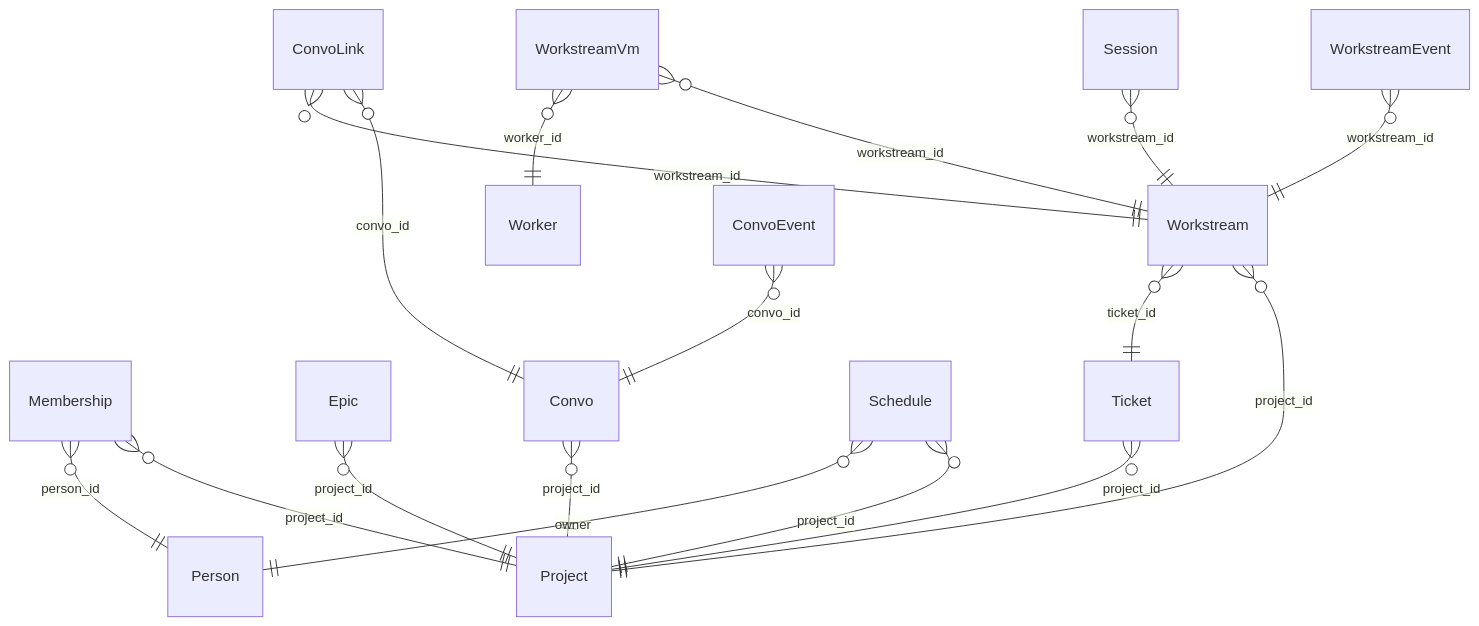
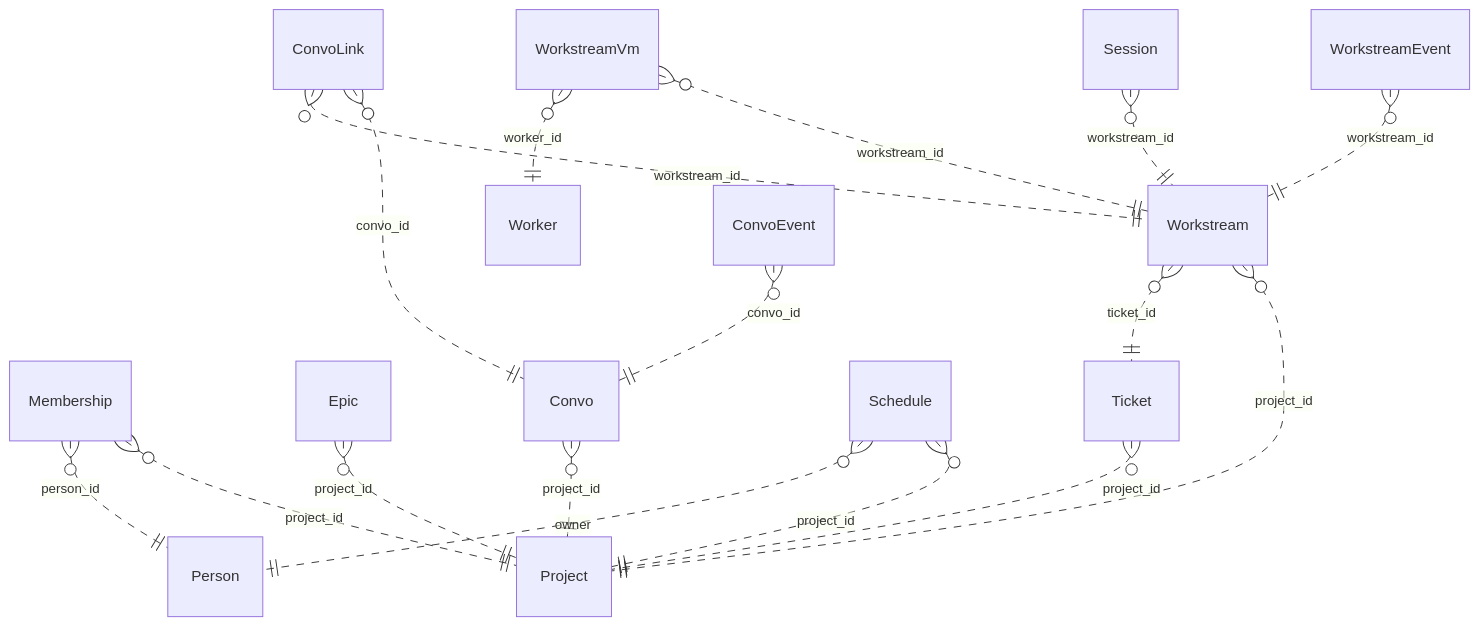
The second of 16 diagrams in domain_models/schemas/domain.erd.md (ortusnova/agentic-orchestration), drawn with Mermaid before and after one commit. The commit also changed other lines of this file and 2 other files, not shown here.

Commit message:
feat(domain-models): a legend at the top of the diagrams, and the overview's references drawn dashed

````diff
--- a/domain_models/schemas/domain.erd.md
+++ b/domain_models/schemas/domain.erd.md
@@ -33,33 +115,33 @@
 ```mermaid
 erDiagram
     Person
     Project
     Membership
     Epic
     Workstream
     WorkstreamEvent
     Ticket
     Schedule
     Session
     WorkstreamVm
     Worker
     Convo
     ConvoLink
     ConvoEvent
-    Membership }o--|| Project : "project_id"
-    Membership }o--|| Person : "person_id"
-    Epic }o--|| Project : "project_id"
-    Workstream }o--|| Project : "project_id"
-    Workstream }o--|| Ticket : "ticket_id"
-    WorkstreamEvent }o--|| Workstream : "workstream_id"
-    Ticket }o--|| Project : "project_id"
-    Schedule }o--|| Project : "project_id"
-    Schedule }o--|| Person : "owner"
-    Session }o--|| Workstream : "workstream_id"
-    WorkstreamVm }o--|| Workstream : "workstream_id"
-    WorkstreamVm }o--|| Worker : "worker_id"
-    Convo }o--|| Project : "project_id"
-    ConvoLink }o--|| Convo : "convo_id"
-    ConvoLink }o--|| Workstream : "workstream_id"
-    ConvoEvent }o--|| Convo : "convo_id"
+    Membership }o..|| Project : "project_id"
+    Membership }o..|| Person : "person_id"
+    Epic }o..|| Project : "project_id"
+    Workstream }o..|| Project : "project_id"
+    Workstream }o..|| Ticket : "ticket_id"
+    WorkstreamEvent }o..|| Workstream : "workstream_id"
+    Ticket }o..|| Project : "project_id"
+    Schedule }o..|| Project : "project_id"
+    Schedule }o..|| Person : "owner"
+    Session }o..|| Workstream : "workstream_id"
+    WorkstreamVm }o..|| Workstream : "workstream_id"
+    WorkstreamVm }o..|| Worker : "worker_id"
+    Convo }o..|| Project : "project_id"
+    ConvoLink }o..|| Convo : "convo_id"
+    ConvoLink }o..|| Workstream : "workstream_id"
+    ConvoEvent }o..|| Convo : "convo_id"
 ```
````
